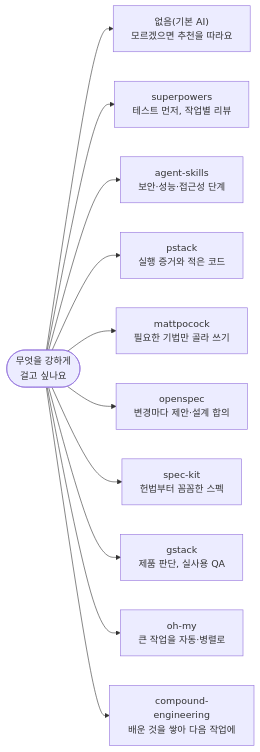
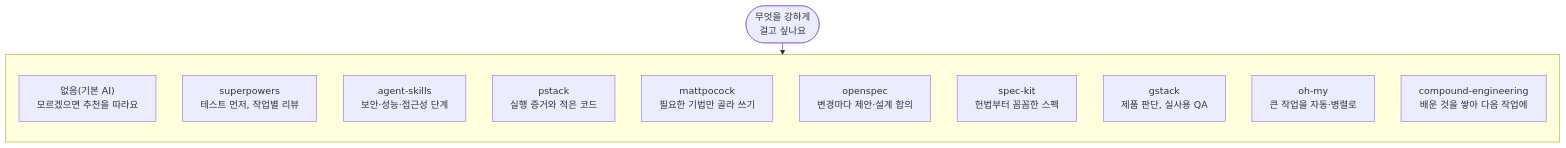
One commit to roadkwon-ai/pro-kit changed the third of 4 diagrams in handbook/skills/brains.md. Above: the diagram before and after it, drawn with Mermaid. The commit also changed other lines of this file and 3 other files, not shown here.

````diff
--- a/handbook/skills/brains.md
+++ b/handbook/skills/brains.md
@@ -208,18 +208,25 @@
 ```mermaid
 ---
 config:
   flowchart:
-    wrappingWidth: 185
+    wrappingWidth: 200
+    rankSpacing: 20
 ---
-flowchart LR
-  G(["무엇을 강하게<br/>걸고 싶나요"]) --> N["없음(기본 AI)<br/>모르겠으면 추천을 따라요"]
-  G --> SP["superpowers<br/>테스트 먼저, 작업별 리뷰"]
-  G --> AS["agent-skills<br/>보안·성능·접근성 단계"]
-  G --> PS["pstack<br/>실행 증거와 적은 코드"]
-  G --> MP["mattpocock<br/>필요한 기법만 골라 쓰기"]
-  G --> OS["openspec<br/>변경마다 제안·설계 합의"]
-  G --> SK["spec-kit<br/>헌법부터 꼼꼼한 스펙"]
-  G --> GS["gstack<br/>제품 판단, 실사용 QA"]
-  G --> OM["oh-my<br/>큰 작업을 자동·병렬로"]
-  G --> CE["compound-engineering<br/>배운 것을 쌓아 다음 작업에"]
+flowchart TB
+  accTitle: 두뇌 비교
+  accDescr: 무엇을 강하게 걸고 싶은지에 따라 없음(기본 AI), superpowers, agent-skills, pstack, mattpocock, openspec, spec-kit, gstack, oh-my, compound-engineering 가운데 골라요.
+  G(["무엇을 강하게<br/>걸고 싶나요"]) --> B
+  subgraph B[" "]
+    N["없음(기본 AI)<br/>모르겠으면 추천을 따라요"]
+    SP["superpowers<br/>테스트 먼저, 작업별 리뷰"]
+    AS["agent-skills<br/>보안·성능·접근성 단계"]
+    PS["pstack<br/>실행 증거와 적은 코드"]
+    MP["mattpocock<br/>필요한 기법만 골라 쓰기"]
+    OS["openspec<br/>변경마다 제안·설계 합의"]
+    SK["spec-kit<br/>헌법부터 꼼꼼한 스펙"]
+    GS["gstack<br/>제품 판단, 실사용 QA"]
+    OM["oh-my<br/>큰 작업을 자동·병렬로"]
+    CE["compound-engineering<br/>배운 것을 쌓아 다음 작업에"]
+    N ~~~ SP ~~~ AS ~~~ PS ~~~ MP ~~~ OS ~~~ SK ~~~ GS ~~~ OM ~~~ CE
+  end
 ```
````
